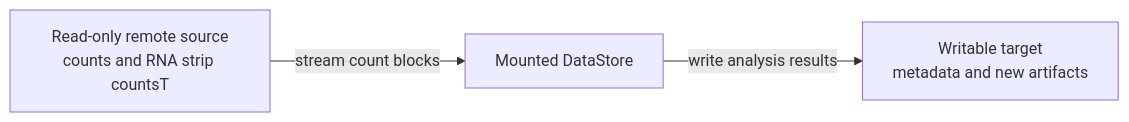
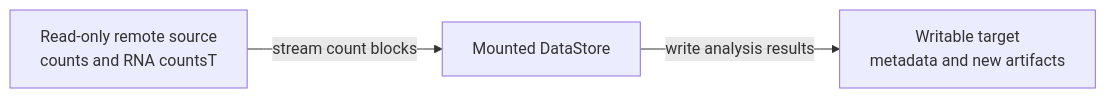
The diagram in docs/source/tutorials/remote_stores.md (NygenAnalytics/scarf), drawn with Mermaid before and after one commit. The commit also changed other lines of this file and 71 other files, not shown here.

````diff
--- a/docs/source/tutorials/remote_stores.md
+++ b/docs/source/tutorials/remote_stores.md
@@ -121,8 +122,8 @@
 ```{mermaid}
 flowchart LR
-    source["Read-only remote source<br/>counts and RNA strip countsT"]
+    source["Read-only remote source<br/>counts and RNA countsT"]
     mount["Mounted DataStore"]
     target["Writable target<br/>metadata and new artifacts"]
     source -->|stream count blocks| mount
     mount -->|write analysis results| target
 ```
````
